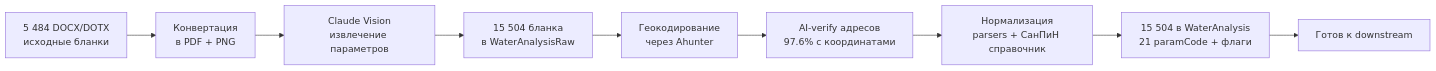
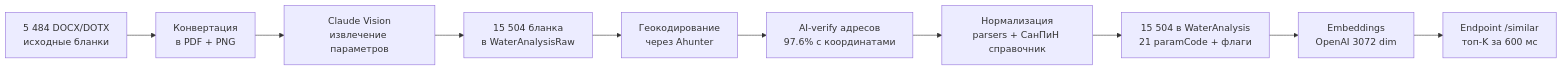
One commit to Pelmenya/slovo changed the diagram in docs/management/water-analysis-executive-summary.md. Above: the diagram before and after it, drawn with Mermaid. The commit also changed other lines of this file and 16 other files, not shown here.

````diff
--- a/docs/management/water-analysis-executive-summary.md
+++ b/docs/management/water-analysis-executive-summary.md
@@ -12,11 +12,12 @@
 ```mermaid
 flowchart LR
     A[5 484 DOCX/DOTX<br/>исходные бланки] --> B[Конвертация<br/>в PDF + PNG]
     B --> C[Claude Vision<br/>извлечение параметров]
     C --> D[15 504 бланка<br/>в WaterAnalysisRaw]
     D --> E[Геокодирование<br/>через Ahunter]
     E --> F[AI-verify адресов<br/>97.6% с координатами]
     F --> G[Нормализация<br/>parsers + СанПиН справочник]
     G --> H[15 504 в WaterAnalysis<br/>21 paramCode + флаги]
-    H --> I[Готов к downstream]
+    H --> I[Embeddings<br/>OpenAI 3072 dim]
+    I --> J[Endpoint /similar<br/>топ-K за 600 мс]
 ```
````
